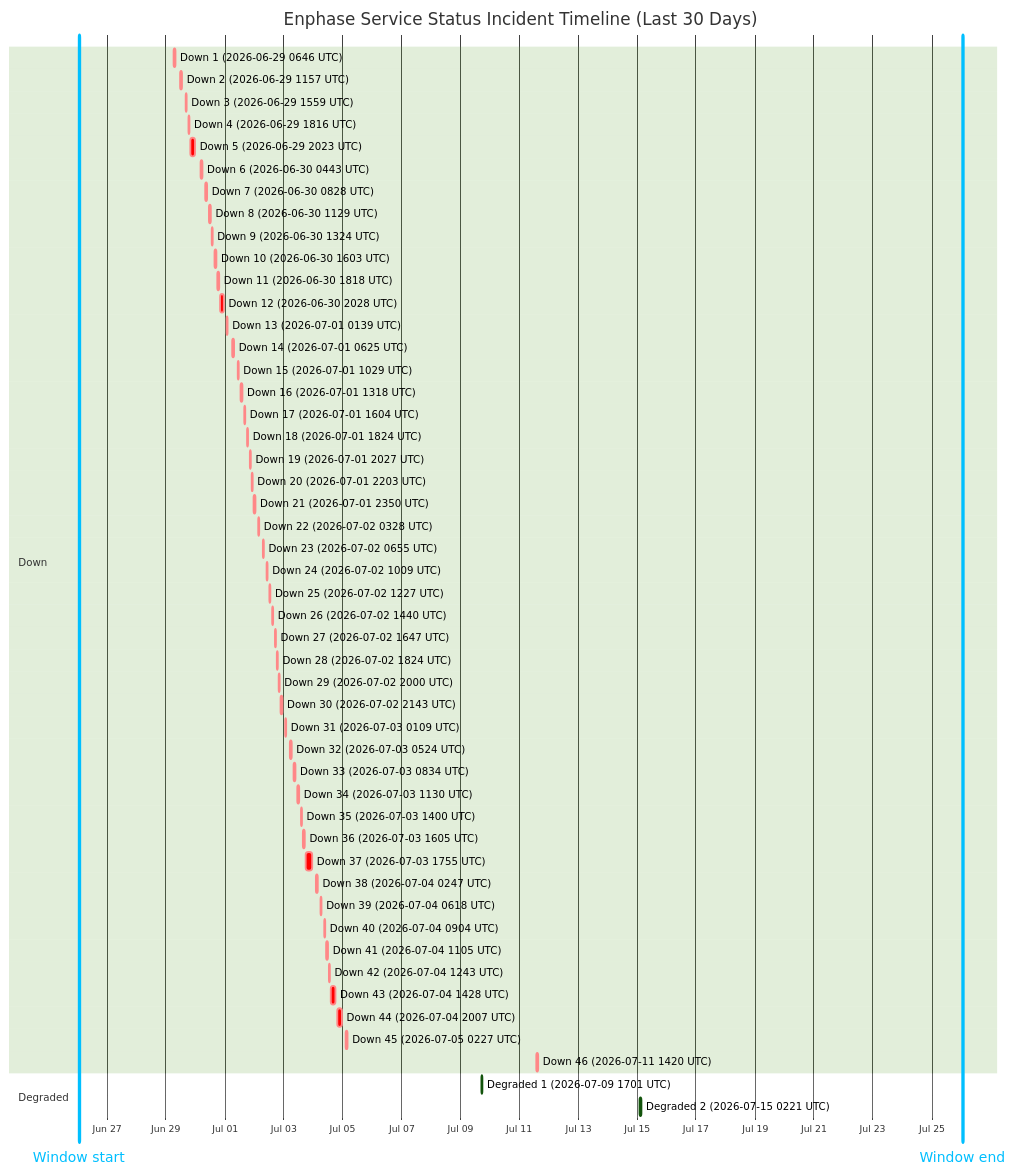
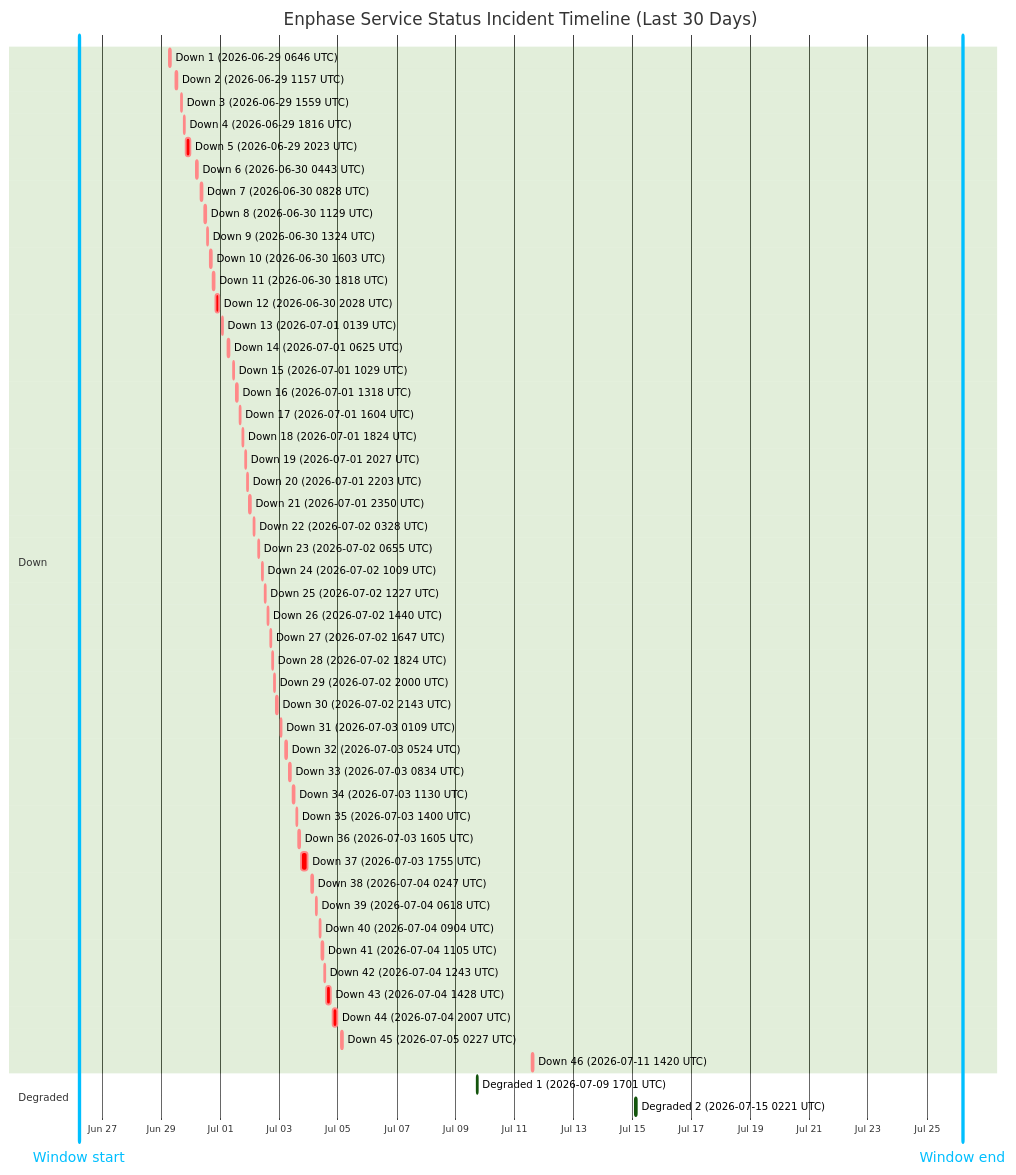
One commit to barneyonline/ha-enphase-energy changed the diagram in wiki/Service-Status-History.md. Above: the diagram before and after it, drawn with Mermaid (forest theme). The commit also changed other lines of this file and 3 other files, not shown here.

````diff
--- a/wiki/Service-Status-History.md
+++ b/wiki/Service-Status-History.md
@@ -14,58 +14,58 @@
 ```mermaid
 gantt
     title Enphase Service Status Incident Timeline (Last 30 Days)
     dateFormat  YYYY-MM-DDTHH:mm:ss
     axisFormat  %b %d
-    Window start :vert, window-start, 2026-06-26T01:08:53, 0ms
-    Window end :vert, window-end, 2026-07-26T01:08:53, 0ms
+    Window start :vert, window-start, 2026-06-26T04:56:26, 0ms
+    Window end :vert, window-end, 2026-07-26T04:56:26, 0ms
     section Down
     Down 1 (2026-06-29 0646 UTC) :crit, down-1, 2026-06-29T06:46:18, 60m
     Down 2 (2026-06-29 1157 UTC) :crit, down-2, 2026-06-29T11:57:36, 60m
     Down 3 (2026-06-29 1559 UTC) :crit, down-3, 2026-06-29T15:59:02, 60m
     Down 4 (2026-06-29 1816 UTC) :crit, down-4, 2026-06-29T18:16:38, 60m
     Down 5 (2026-06-29 2023 UTC) :crit, down-5, 2026-06-29T20:23:16, 220m
     Down 6 (2026-06-30 0443 UTC) :crit, down-6, 2026-06-30T04:43:54, 60m
     Down 7 (2026-06-30 0828 UTC) :crit, down-7, 2026-06-30T08:28:43, 60m
     Down 8 (2026-06-30 1129 UTC) :crit, down-8, 2026-06-30T11:29:15, 60m
     Down 9 (2026-06-30 1324 UTC) :crit, down-9, 2026-06-30T13:24:25, 60m
     Down 10 (2026-06-30 1603 UTC) :crit, down-10, 2026-06-30T16:03:26, 60m
     Down 11 (2026-06-30 1818 UTC) :crit, down-11, 2026-06-30T18:18:39, 60m
     Down 12 (2026-06-30 2028 UTC) :crit, down-12, 2026-06-30T20:28:54, 171m
     Down 13 (2026-07-01 0139 UTC) :crit, down-13, 2026-07-01T01:39:18, 60m
     Down 14 (2026-07-01 0625 UTC) :crit, down-14, 2026-07-01T06:25:35, 60m
     Down 15 (2026-07-01 1029 UTC) :crit, down-15, 2026-07-01T10:29:24, 60m
     Down 16 (2026-07-01 1318 UTC) :crit, down-16, 2026-07-01T13:18:31, 60m
     Down 17 (2026-07-01 1604 UTC) :crit, down-17, 2026-07-01T16:04:29, 60m
     Down 18 (2026-07-01 1824 UTC) :crit, down-18, 2026-07-01T18:24:21, 60m
     Down 19 (2026-07-01 2027 UTC) :crit, down-19, 2026-07-01T20:27:17, 60m
     Down 20 (2026-07-01 2203 UTC) :crit, down-20, 2026-07-01T22:03:46, 60m
     Down 21 (2026-07-01 2350 UTC) :crit, down-21, 2026-07-01T23:50:52, 60m
     Down 22 (2026-07-02 0328 UTC) :crit, down-22, 2026-07-02T03:28:33, 60m
     Down 23 (2026-07-02 0655 UTC) :crit, down-23, 2026-07-02T06:55:07, 60m
     Down 24 (2026-07-02 1009 UTC) :crit, down-24, 2026-07-02T10:09:15, 60m
     Down 25 (2026-07-02 1227 UTC) :crit, down-25, 2026-07-02T12:27:49, 60m
     Down 26 (2026-07-02 1440 UTC) :crit, down-26, 2026-07-02T14:40:53, 60m
     Down 27 (2026-07-02 1647 UTC) :crit, down-27, 2026-07-02T16:47:47, 60m
     Down 28 (2026-07-02 1824 UTC) :crit, down-28, 2026-07-02T18:24:26, 60m
     Down 29 (2026-07-02 2000 UTC) :crit, down-29, 2026-07-02T20:00:57, 60m
     Down 30 (2026-07-02 2143 UTC) :crit, down-30, 2026-07-02T21:43:52, 80m
     Down 31 (2026-07-03 0109 UTC) :crit, down-31, 2026-07-03T01:09:19, 60m
     Down 32 (2026-07-03 0524 UTC) :crit, down-32, 2026-07-03T05:24:23, 60m
     Down 33 (2026-07-03 0834 UTC) :crit, down-33, 2026-07-03T08:34:05, 60m
     Down 34 (2026-07-03 1130 UTC) :crit, down-34, 2026-07-03T11:30:41, 60m
     Down 35 (2026-07-03 1400 UTC) :crit, down-35, 2026-07-03T14:00:48, 60m
     Down 36 (2026-07-03 1605 UTC) :crit, down-36, 2026-07-03T16:05:49, 60m
     Down 37 (2026-07-03 1755 UTC) :crit, down-37, 2026-07-03T17:55:54, 338m
     Down 38 (2026-07-04 0247 UTC) :crit, down-38, 2026-07-04T02:47:22, 60m
     Down 39 (2026-07-04 0618 UTC) :crit, down-39, 2026-07-04T06:18:09, 60m
     Down 40 (2026-07-04 0904 UTC) :crit, down-40, 2026-07-04T09:04:41, 60m
     Down 41 (2026-07-04 1105 UTC) :crit, down-41, 2026-07-04T11:05:21, 60m
     Down 42 (2026-07-04 1243 UTC) :crit, down-42, 2026-07-04T12:43:25, 60m
     Down 43 (2026-07-04 1428 UTC) :crit, down-43, 2026-07-04T14:28:07, 243m
     Down 44 (2026-07-04 2007 UTC) :crit, down-44, 2026-07-04T20:07:50, 206m
     Down 45 (2026-07-05 0227 UTC) :crit, down-45, 2026-07-05T02:27:32, 109m
     Down 46 (2026-07-11 1420 UTC) :crit, down-46, 2026-07-11T14:20:54, 69m
     section Degraded
     Degraded 1 (2026-07-09 1701 UTC) :active, degraded-1, 2026-07-09T17:01:02, 60m
     Degraded 2 (2026-07-15 0221 UTC) :active, degraded-2, 2026-07-15T02:21:35, 60m
 ```
````
